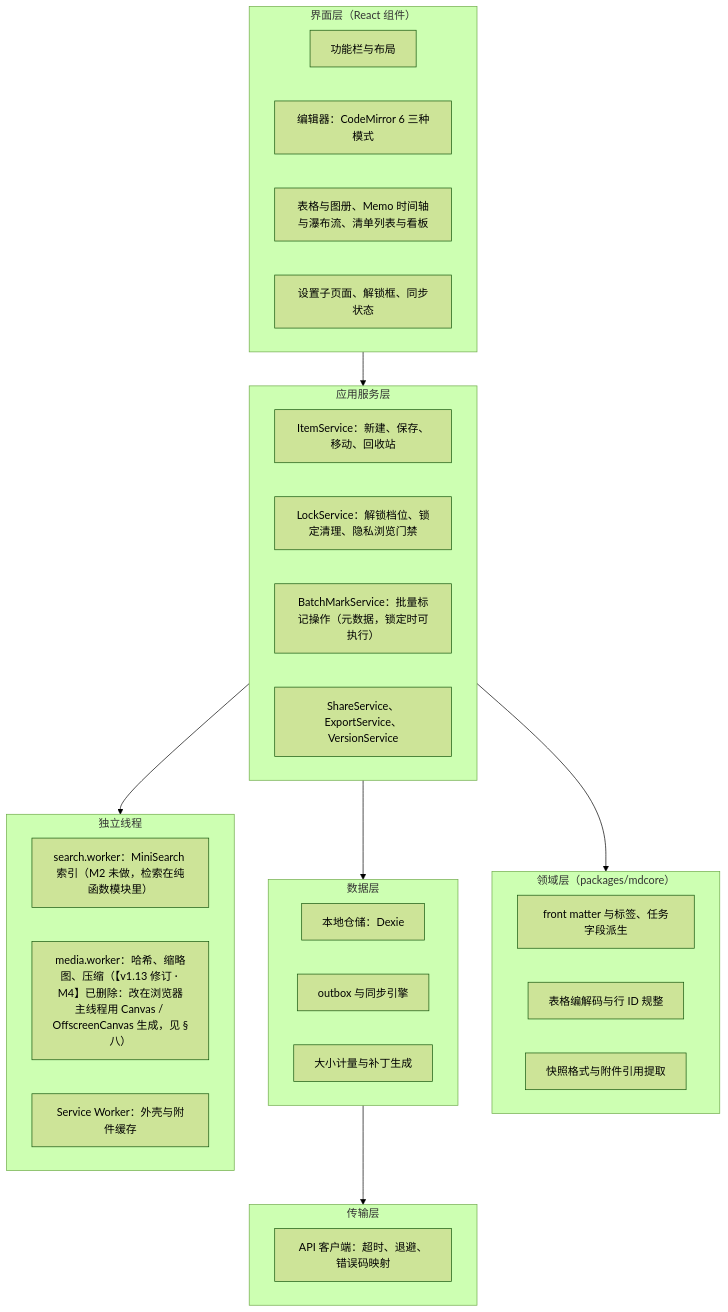
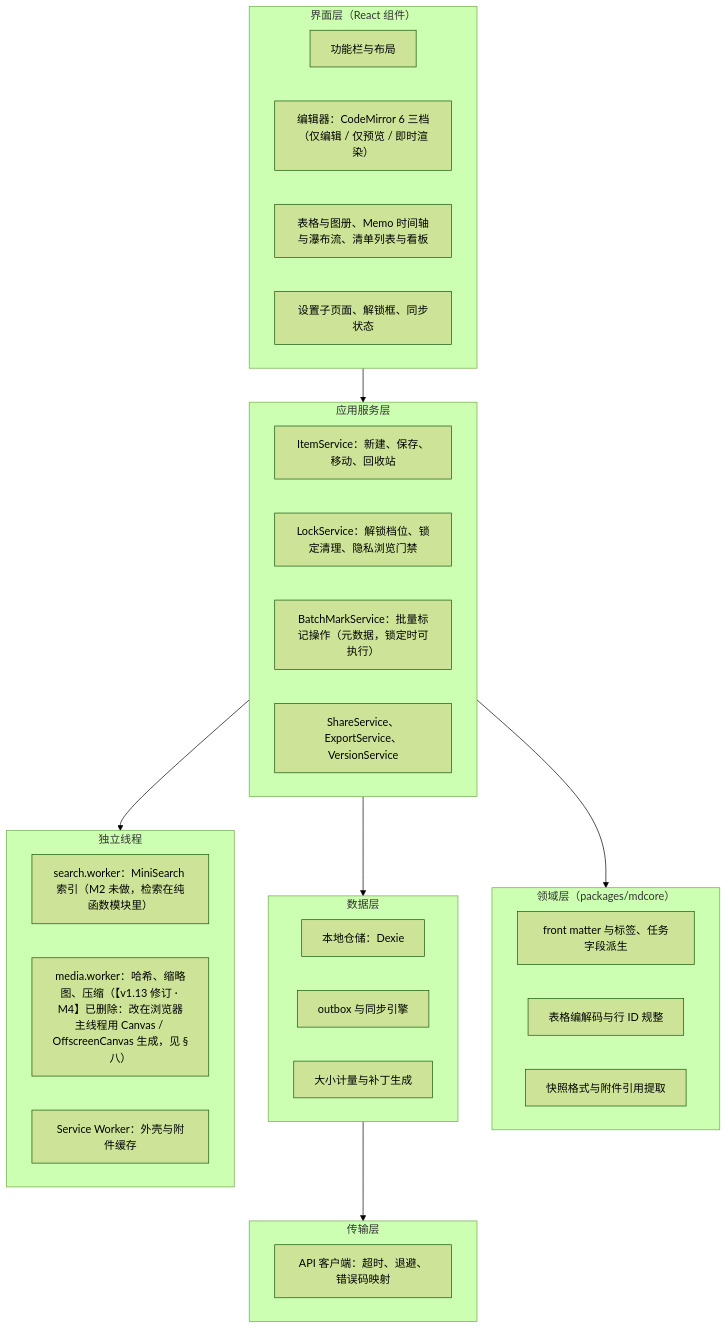
One commit to maxxie6418/MeNote changed the second of 5 diagrams in wiki/Menote-项目架构-v1.md. Above: the diagram before and after it, drawn with Mermaid (forest theme). The commit also changed other lines of this file and 7 other files, not shown here.

````diff
--- a/wiki/Menote-项目架构-v1.md
+++ b/wiki/Menote-项目架构-v1.md
@@ -309,38 +310,38 @@
 ```mermaid
 flowchart TB
     subgraph L1["界面层（React 组件）"]
         V1["功能栏与布局"]
-        V2["编辑器：CodeMirror 6 三种模式"]
+        V2["编辑器：CodeMirror 6 三档（仅编辑 / 仅预览 / 即时渲染）"]
         V3["表格与图册、Memo 时间轴与瀑布流、清单列表与看板"]
         V4["设置子页面、解锁框、同步状态"]
     end
     subgraph L2["应用服务层"]
         S1["ItemService：新建、保存、移动、回收站"]
         S2["LockService：解锁档位、锁定清理、隐私浏览门禁"]
         S3["BatchMarkService：批量标记操作（元数据，锁定时可执行）"]
         S4["ShareService、ExportService、VersionService"]
     end
     subgraph L3["领域层（packages/mdcore）"]
         D1["front matter 与标签、任务字段派生"]
         D2["表格编解码与行 ID 规整"]
         D3["快照格式与附件引用提取"]
     end
     subgraph L4["数据层"]
         R1["本地仓储：Dexie"]
         R2["outbox 与同步引擎"]
         R3["大小计量与补丁生成"]
     end
     subgraph L5["传输层"]
         T1["API 客户端：超时、退避、错误码映射"]
     end
     subgraph WK["独立线程"]
         W3["search.worker：MiniSearch 索引（M2 未做，检索在纯函数模块里）"]
         W4["media.worker：哈希、缩略图、压缩（【v1.13 修订 · M4】已删除：改在浏览器主线程用 Canvas / OffscreenCanvas 生成，见 §八）"]
         W5["Service Worker：外壳与附件缓存"]
     end
     L1 --> L2
     L2 --> L3
     L2 --> L4
     L4 --> L5
     L2 --> WK
 ```
````
